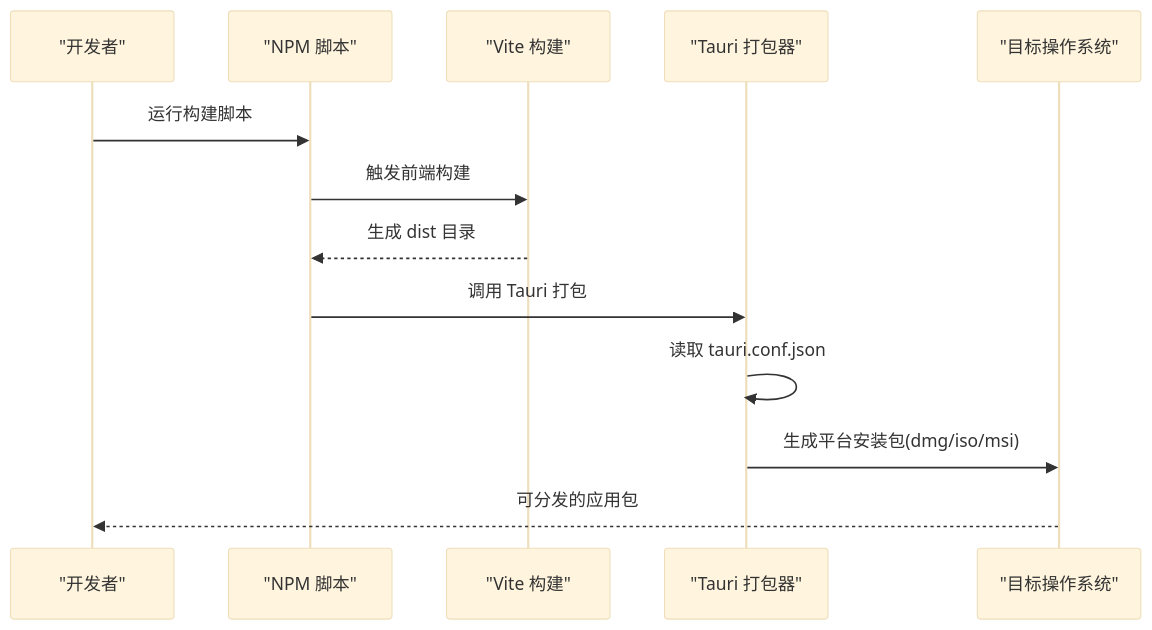
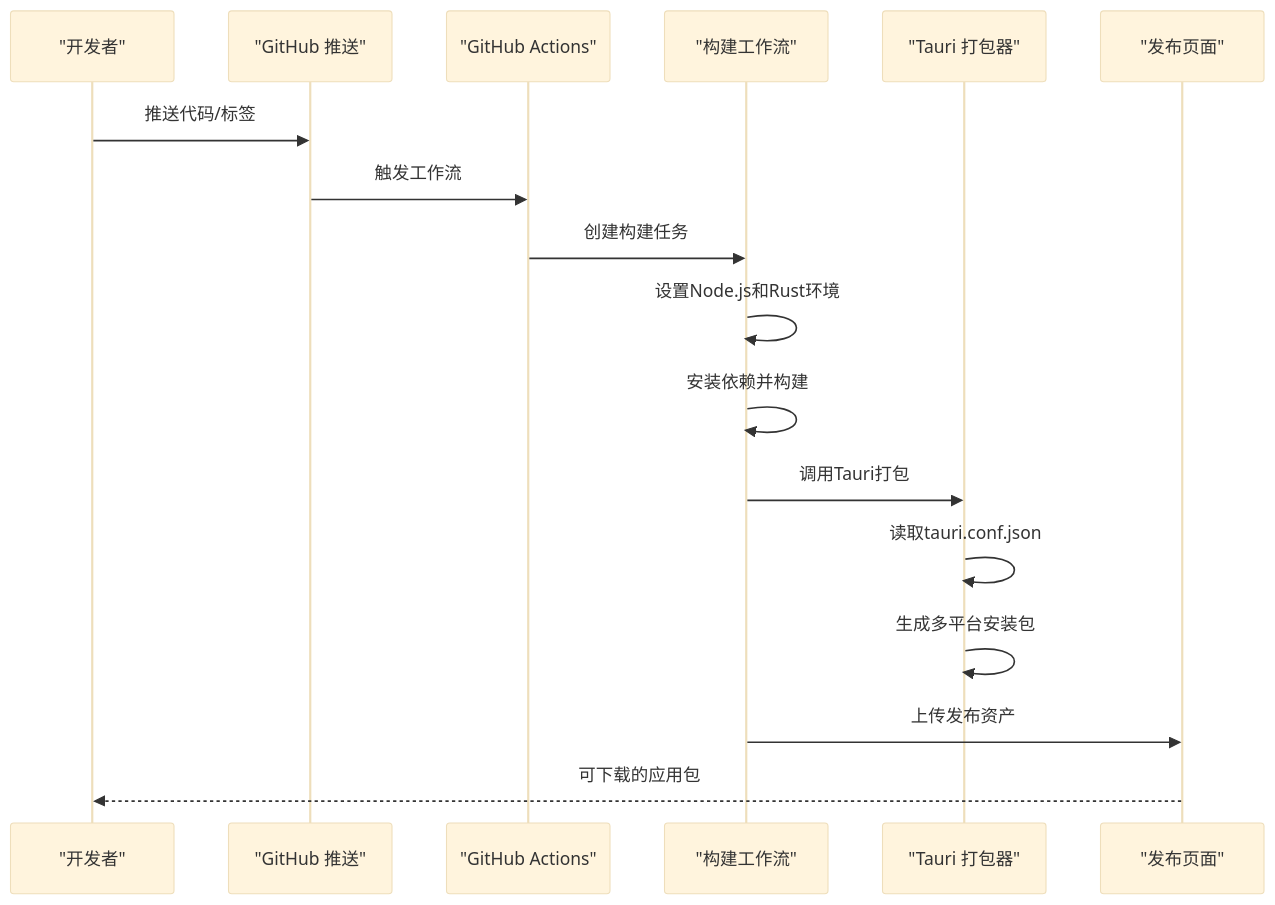
The second of 3 diagrams in .qoder/repowiki/zh/content/部署指南.md (xdongliang/IPSwitcher), drawn with Mermaid (base theme) before and after one commit. The commit also changed other lines of this file and 22 other files, not shown here.

````diff
--- a/.qoder/repowiki/zh/content/部署指南.md
+++ b/.qoder/repowiki/zh/content/部署指南.md
@@ -91,15 +111,19 @@
 ```mermaid
 sequenceDiagram
 participant Dev as "开发者"
-participant NPM as "NPM 脚本"
-participant Vite as "Vite 构建"
+participant GitHub as "GitHub 推送"
+participant Actions as "GitHub Actions"
+participant Workflow as "构建工作流"
 participant Tauri as "Tauri 打包器"
-participant OS as "目标操作系统"
-Dev->>NPM : 运行构建脚本
-NPM->>Vite : 触发前端构建
-Vite-->>NPM : 生成 dist 目录
-NPM->>Tauri : 调用 Tauri 打包
-Tauri->>Tauri : 读取 tauri.conf.json
-Tauri->>OS : 生成平台安装包(dmg/iso/msi)
-OS-->>Dev : 可分发的应用包
+participant Release as "发布页面"
+Dev->>GitHub : 推送代码/标签
+GitHub->>Actions : 触发工作流
+Actions->>Workflow : 创建构建任务
+Workflow->>Workflow : 设置Node.js和Rust环境
+Workflow->>Workflow : 安装依赖并构建
+Workflow->>Tauri : 调用Tauri打包
+Tauri->>Tauri : 读取tauri.conf.json
+Tauri->>Tauri : 生成多平台安装包
+Workflow->>Release : 上传发布资产
+Release-->>Dev : 可下载的应用包
 ```
````
